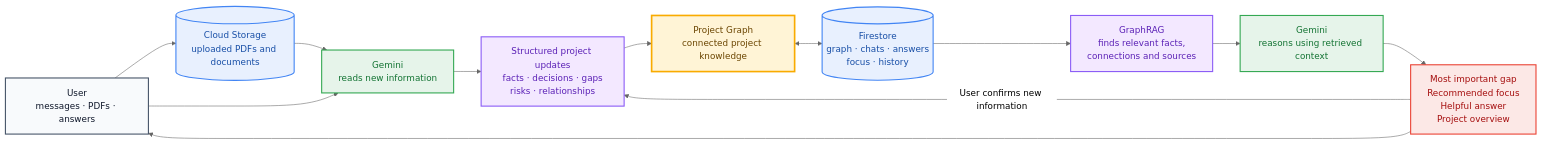
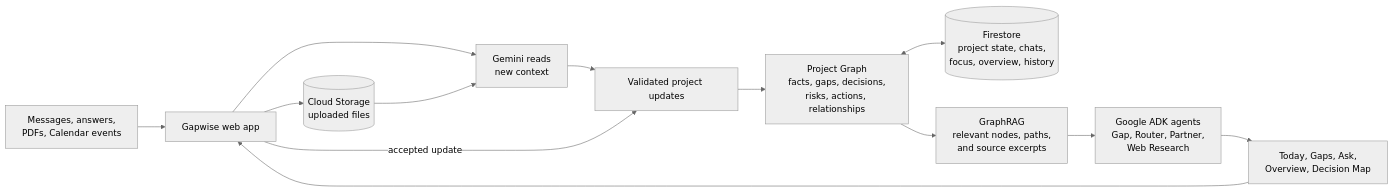
Before and after one commit to gapwise-assistant/gapwise-web: the first of 3 diagrams in README.md, drawn with Mermaid (neutral theme). The commit also changed other lines of this file and 28 other files, not shown here.

````diff
--- a/README.md
+++ b/README.md
@@ -38,50 +38,26 @@
 ```mermaid
 flowchart LR
+    INPUT["Messages, answers,<br/>PDFs, Calendar events"]
+    WEB["Gapwise web app"]
+    FILES[("Cloud Storage<br/>uploaded files")]
+    CONTEXT["Gemini reads<br/>new context"]
+    UPDATE["Validated project updates"]
+    GRAPH["Project Graph<br/>facts, gaps, decisions,<br/>risks, actions, relationships"]
+    DB[("Firestore<br/>project state, chats,<br/>focus, overview, history")]
+    RAG["GraphRAG<br/>relevant nodes, paths,<br/>and source excerpts"]
+    AGENTS["Google ADK agents<br/>Gap, Router, Partner,<br/>Web Research"]
+    RESULT["Today, Gaps, Ask,<br/>Overview, Decision Map"]
 
-    USER["User<br/>messages · PDFs · answers"]
-
-    FILES[("Cloud Storage<br/>uploaded PDFs and documents")]
-
-    GEMINI_CONTEXT["Gemini<br/>reads new information"]
-
-    UPDATES["Structured project updates<br/>facts · decisions · gaps<br/>risks · relationships"]
-
-    GRAPH["Project Graph<br/>connected project knowledge"]
-
-    FIRESTORE[("Firestore<br/>graph · chats · answers<br/>focus · history")]
-
-    RAG["GraphRAG<br/>finds relevant facts,<br/>connections and sources"]
-
-    GEMINI_REASONING["Gemini<br/>reasons using retrieved context"]
-
-    RESULT["Most important gap<br/>Recommended focus<br/>Helpful answer<br/>Project overview"]
-
-    USER --> FILES
-    USER --> GEMINI_CONTEXT
-    FILES --> GEMINI_CONTEXT
-
-    GEMINI_CONTEXT --> UPDATES
-    UPDATES --> GRAPH
-    GRAPH <--> FIRESTORE
-
-    FIRESTORE --> RAG
-    RAG --> GEMINI_REASONING
-    GEMINI_REASONING --> RESULT
-    RESULT --> USER
-
-    RESULT -->|User confirms new information| UPDATES
-
-    classDef userNode fill:#F8FAFC,stroke:#475569,stroke-width:2px,color:#0F172A
-    classDef cloudNode fill:#E8F0FE,stroke:#4285F4,stroke-width:2px,color:#174EA6
-    classDef geminiNode fill:#E6F4EA,stroke:#34A853,stroke-width:2px,color:#137333
-    classDef gapwiseNode fill:#F3E8FF,stroke:#8B5CF6,stroke-width:2px,color:#5B21B6
-    classDef graphNode fill:#FFF4D6,stroke:#F9AB00,stroke-width:3px,color:#6B4500
-    classDef resultNode fill:#FCE8E6,stroke:#EA4335,stroke-width:2px,color:#A50E0E
-
-    class USER userNode
-    class FILES,FIRESTORE cloudNode
-    class GEMINI_CONTEXT,GEMINI_REASONING geminiNode
-    class UPDATES,RAG gapwiseNode
-    class GRAPH graphNode
-    class RESULT resultNode
+    INPUT --> WEB
+    WEB --> FILES
+    WEB --> CONTEXT
+    FILES --> CONTEXT
+    CONTEXT --> UPDATE
+    UPDATE --> GRAPH
+    GRAPH <--> DB
+    GRAPH --> RAG
+    RAG --> AGENTS
+    AGENTS --> RESULT
+    RESULT --> WEB
+    WEB -->|"accepted update"| UPDATE
 ```
````
